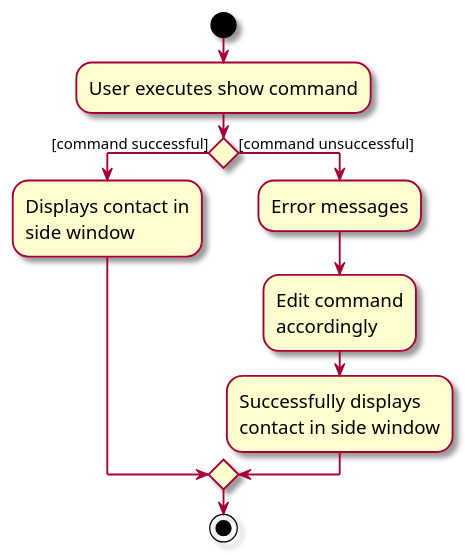
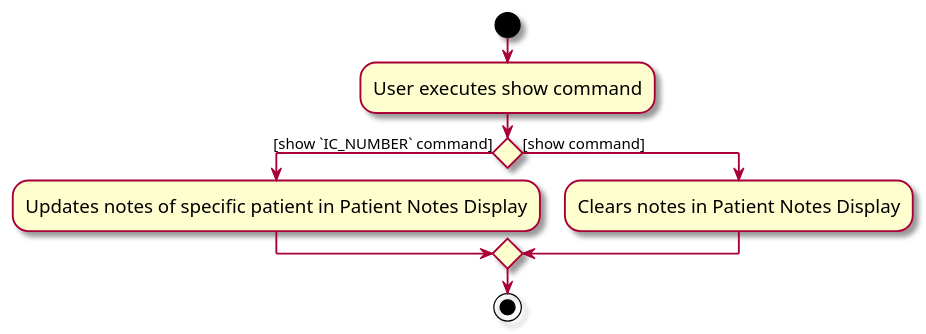
One commit to AY2324S2-CS2103T-F14-2/tp changed the diagram in diagrams/ShowCommandActivityDiagram.puml. Above: the diagram before and after it, drawn with PlantUML. The commit also changed 34 other files, not shown here.

```diff
--- a/diagrams/ShowCommandActivityDiagram.puml
+++ b/diagrams/ShowCommandActivityDiagram.puml
@@ -1,22 +1,18 @@
 @startuml
 skin rose
 skinparam ActivityFontSize 15
 skinparam ArrowFontSize 12
 start
 :User executes show command;
 
 'Since the beta syntax does not support placing the condition outside the
 'diamond we place it as the true branch instead.
 
-if () then ([command successful])
-    :Displays contact in
-    side window;
-else ([command unsuccessful])
-    :Error messages;
-    :Edit command
-    accordingly;
-    :Successfully displays
-    contact in side window;
+if () then ([show `IC_NUMBER` command])
+    :Updates notes of specific patient in Patient Notes Display;
+else ([show command])
+    :Clears notes in Patient Notes Display;
+
 endif
 stop
 @enduml
```
